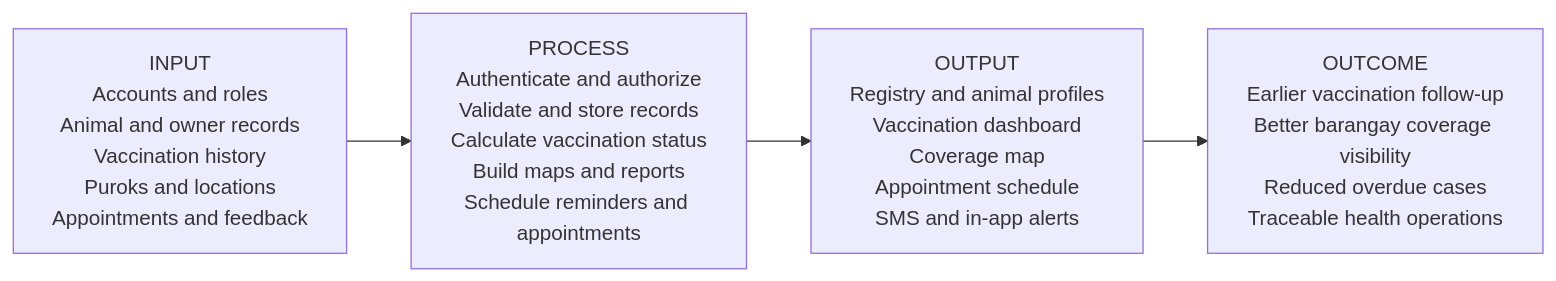
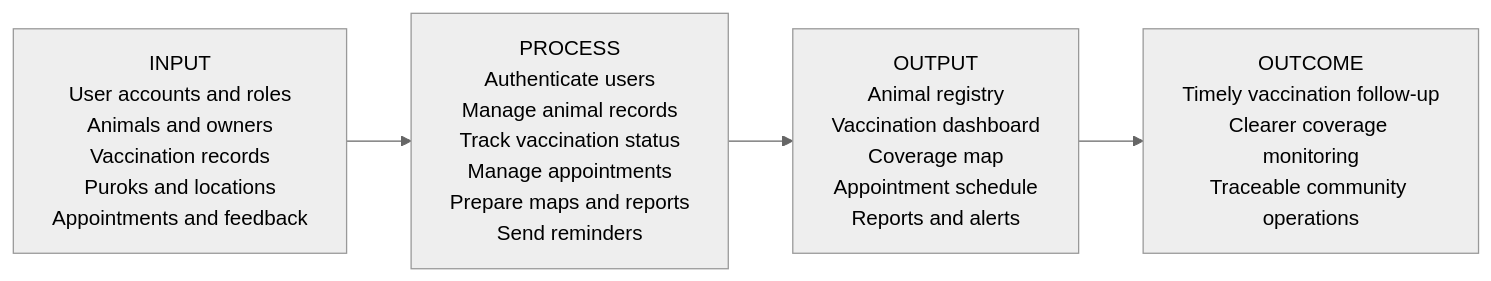
The first of 7 diagrams in docs/vaccitrack-system.md (kiniakoangaccount/vaccitrack-capstone), drawn with Mermaid before and after one commit. The commit also changed other lines of this file and 7 other files, not shown here.

Commit message:
diagrams

````diff
--- a/docs/vaccitrack-system.md
+++ b/docs/vaccitrack-system.md
@@ -54,9 +18,9 @@
 ```mermaid
+%%{init: {"theme":"neutral"}}%%
 flowchart LR
-  I["INPUT<br/>Accounts and roles<br/>Animal and owner records<br/>Vaccination history<br/>Puroks and locations<br/>Appointments and feedback"]
-  P["PROCESS<br/>Authenticate and authorize<br/>Validate and store records<br/>Calculate vaccination status<br/>Build maps and reports<br/>Schedule reminders and appointments"]
-  O["OUTPUT<br/>Registry and animal profiles<br/>Vaccination dashboard<br/>Coverage map<br/>Appointment schedule<br/>SMS and in-app alerts"]
-  C["OUTCOME<br/>Earlier vaccination follow-up<br/>Better barangay coverage visibility<br/>Reduced overdue cases<br/>Traceable health operations"]
-
-  I --> P --> O --> C
+  I["INPUT<br/>User accounts and roles<br/>Animals and owners<br/>Vaccination records<br/>Puroks and locations<br/>Appointments and feedback"]
+  P["PROCESS<br/>Authenticate users<br/>Manage animal records<br/>Track vaccination status<br/>Manage appointments<br/>Prepare maps and reports<br/>Send reminders"]
+  O["OUTPUT<br/>Animal registry<br/>Vaccination dashboard<br/>Coverage map<br/>Appointment schedule<br/>Reports and alerts"]
+  O2["OUTCOME<br/>Timely vaccination follow-up<br/>Clearer coverage monitoring<br/>Traceable community operations"]
+  I --> P --> O --> O2
 ```
````
